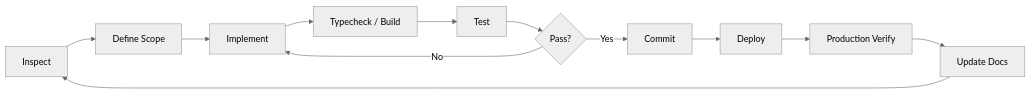
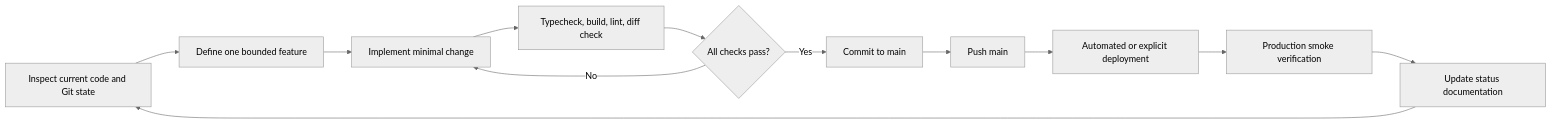
Before and after one commit to Transient-Onlooker/tg-note-agent-web: the eighth of 11 diagrams in docs/DEVELOPMENT_FLOW.md, drawn with Mermaid (neutral theme). The commit also changed other lines of this file, not shown here.

Commit message:
Improve development workflow diagrams

````diff
--- a/docs/DEVELOPMENT_FLOW.md
+++ b/docs/DEVELOPMENT_FLOW.md
@@ -446,18 +239,18 @@
 ```mermaid
 flowchart LR
+    INSPECT[Inspect current code and Git state]
+    SCOPE[Define one bounded feature]
+    IMPLEMENT[Implement minimal change]
+    VERIFY[Typecheck, build, lint, diff check]
+    PASS{All checks pass?}
+    COMMIT[Commit to main]
+    PUSH[Push main]
+    DEPLOY[Automated or explicit deployment]
+    SMOKE[Production smoke verification]
+    DOCS[Update status documentation]
 
-    INSPECT[Inspect] --> DEFINE[Define Scope]
-    DEFINE --> IMPLEMENT[Implement]
-    IMPLEMENT --> CHECK[Typecheck / Build]
-    CHECK --> TEST[Test]
-
-    TEST --> PASS{Pass?}
-
-    PASS -- No --> IMPLEMENT
-
-    PASS -- Yes --> COMMIT[Commit]
-    COMMIT --> DEPLOY[Deploy]
-    DEPLOY --> VERIFY[Production Verify]
-    VERIFY --> DOCS[Update Docs]
+    INSPECT --> SCOPE --> IMPLEMENT --> VERIFY --> PASS
+    PASS -->|No| IMPLEMENT
+    PASS -->|Yes| COMMIT --> PUSH --> DEPLOY --> SMOKE --> DOCS
     DOCS --> INSPECT
 ```
````
